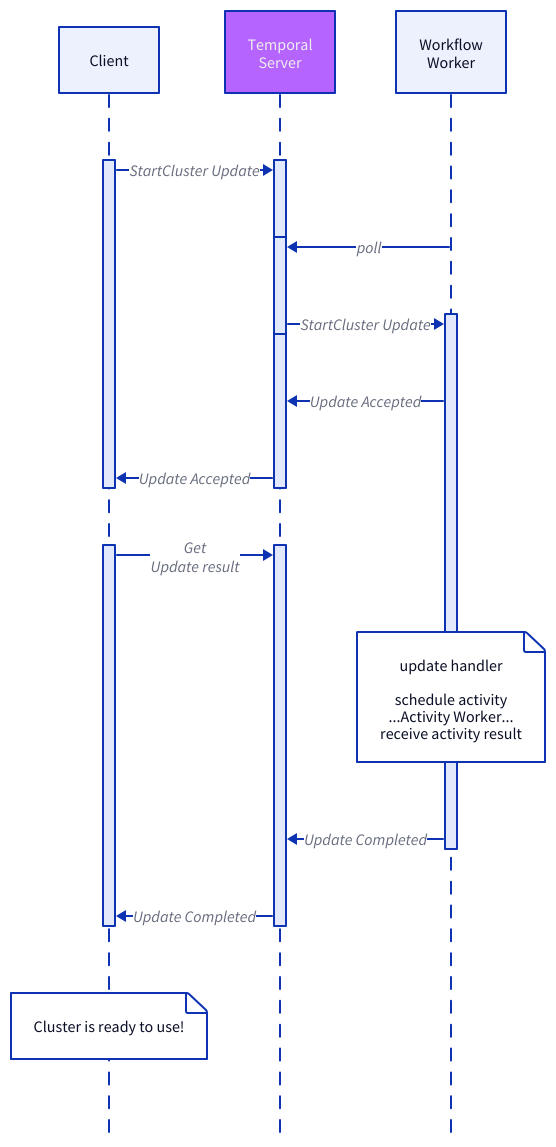
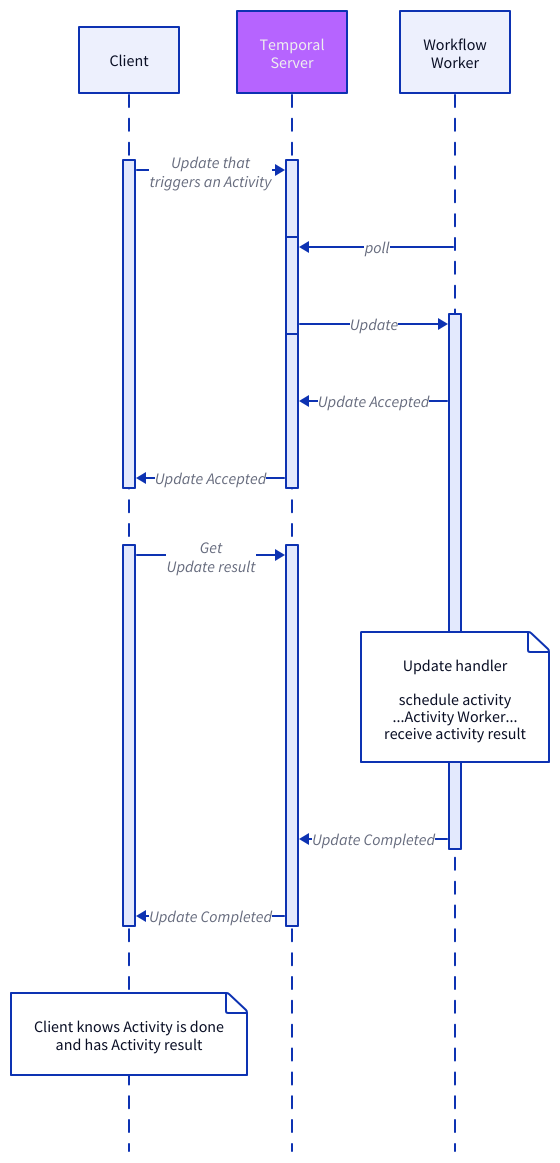
One commit to dandavison/temporalio-notes changed the diagram in diagrams/update-blog-update.d2. Above: the diagram before and after it, drawn with D2. The commit also changed 1 other file, not shown here.

```diff
--- a/diagrams/update-blog-update.d2
+++ b/diagrams/update-blog-update.d2
@@ -1,26 +1,26 @@
 shape: sequence_diagram
 
 C: {
   label: Client
 }
 S: {
   label: Temporal\nServer
 }
 W: {
   label: Workflow\nWorker
 }
 S.style: {
   fill: "#B664FF"
   font-color: "#EEEEEE"
 }
 
-C.1 -> S.1: StartCluster Update
+C.1 -> S.1: Update that\ntriggers an Activity
 W -> S.2: poll
-S.2 -> W.1: StartCluster Update
+S.2 -> W.1: Update
 W.1 -> S.1: Update Accepted
 S.1 -> C.1: Update Accepted
 C.2 -> S.3: Get\nUpdate result
-W.1."update handler\n\nschedule activity\n...Activity Worker...\nreceive activity result"
+W.1."Update handler\n\nschedule activity\n...Activity Worker...\nreceive activity result"
 W.1 -> S.3: Update Completed
 S.3 -> C.2: Update Completed
-C."Cluster is ready to use!"
+C."Client knows Activity is done\nand has Activity result"
```
